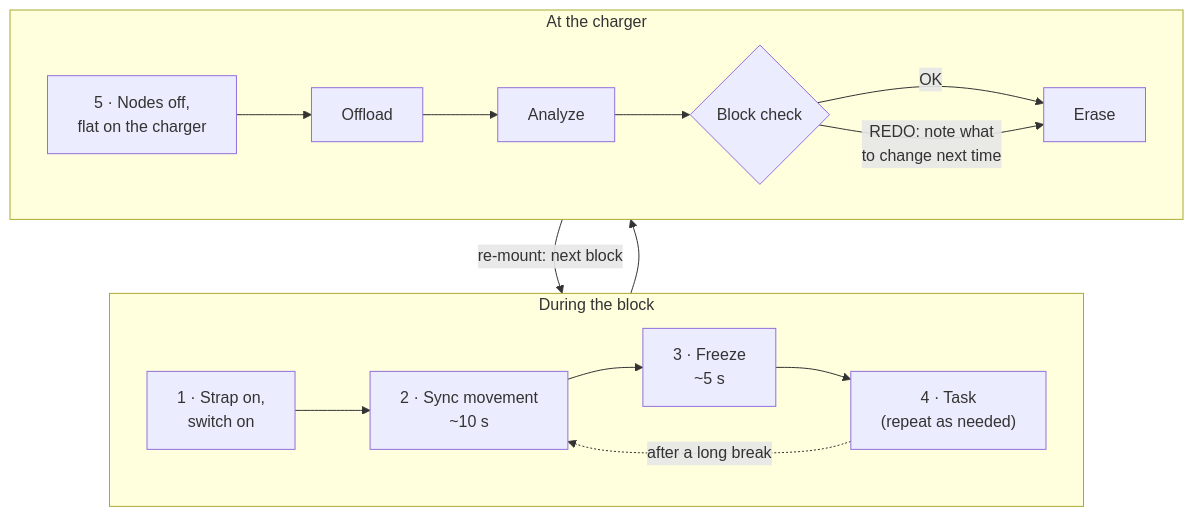
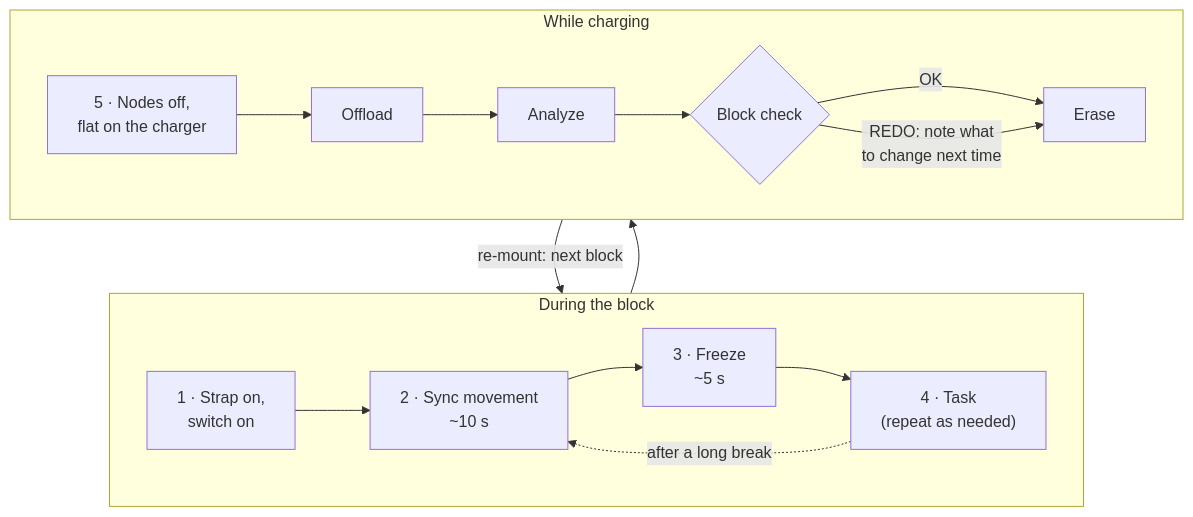
Before and after one commit to Jamie215/HULC_motionshirt: the second of 3 diagrams in docs/SOP.md, drawn with Mermaid. The commit also changed other lines of this file and 3 other files, not shown here.

First line of the commit message:
Docs: while charging, onboard flash, flash-limited block length

````diff
--- a/docs/SOP.md
+++ b/docs/SOP.md
@@ -370,16 +372,16 @@
 ```mermaid
 flowchart TB
     subgraph B["During the block"]
         direction LR
         S["1 · Strap on,<br/>switch on"] --> Y["2 · Sync movement<br/>~10 s"] --> F["3 · Freeze<br/>~5 s"] --> T["4 · Task<br/>(repeat as needed)"]
         T -. "after a long break" .-> Y
     end
-    subgraph CH["At the charger"]
+    subgraph CH["While charging"]
         direction LR
         O["5 · Nodes off,<br/>flat on the charger"] --> OF["Offload"] --> A["Analyze"] --> C{"Block check"}
         C -- OK --> E["Erase"]
         C -- "REDO: note what<br/>to change next time" --> E
     end
     T --> O
     E -- "re-mount: next block" --> S
 ```
````
